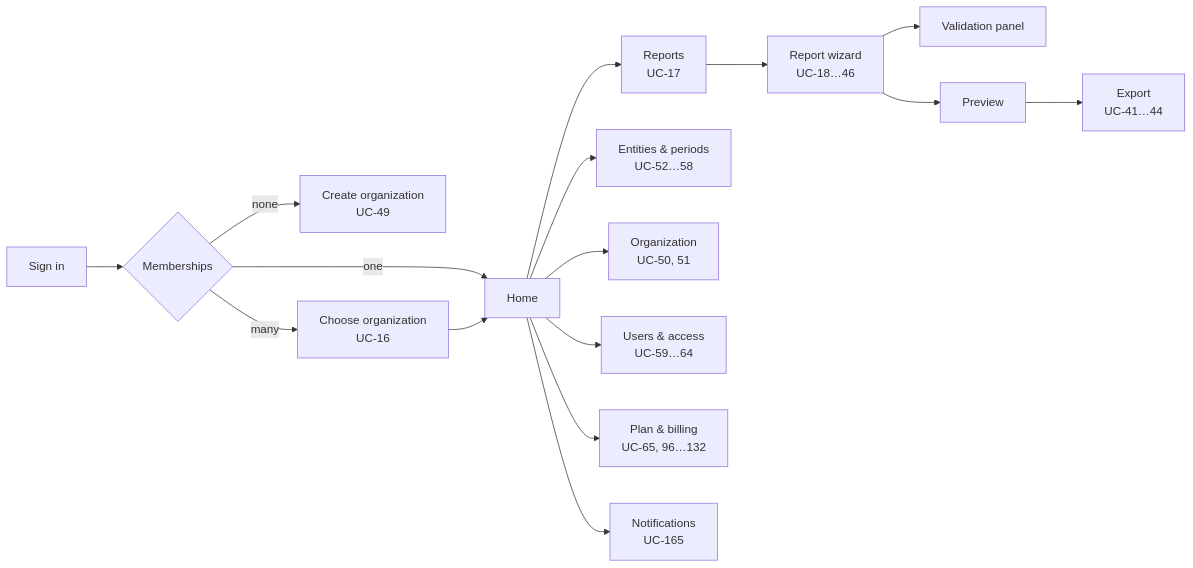
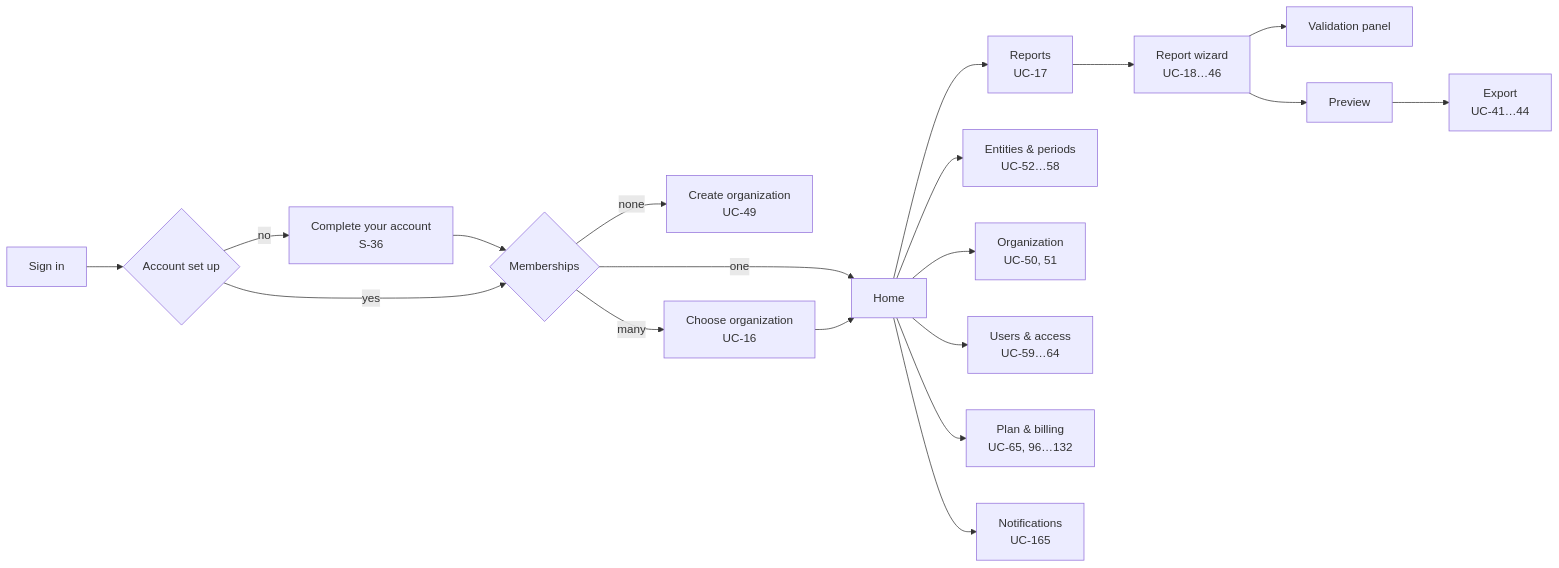
The diagram in docs/design_spec.md (eamtcPROG/easyesg), drawn with Mermaid before and after one commit. The commit also changed other lines of this file and 158 other files, not shown here.

````diff
--- a/docs/design_spec.md
+++ b/docs/design_spec.md
@@ -239,16 +239,18 @@
 ```mermaid
 graph LR
-    A["Sign in"] --> B{"Memberships"}
+    A["Sign in"] --> Z{"Account set up"}
+    Z -->|no| Y["Complete your account<br/>S-36"] --> B
+    Z -->|yes| B{"Memberships"}
     B -->|none| C["Create organization<br/>UC-49"]
     B -->|one| D["Home"]
     B -->|many| E["Choose organization<br/>UC-16"] --> D
     D --> F["Reports<br/>UC-17"]
     D --> G["Entities & periods<br/>UC-52…58"]
     D --> H["Organization<br/>UC-50, 51"]
     D --> I["Users & access<br/>UC-59…64"]
     D --> J["Plan & billing<br/>UC-65, 96…132"]
     D --> K["Notifications<br/>UC-165"]
     F --> W["Report wizard<br/>UC-18…46"]
     W --> V["Validation panel"]
     W --> P["Preview"] --> X["Export<br/>UC-41…44"]
 ```
````
